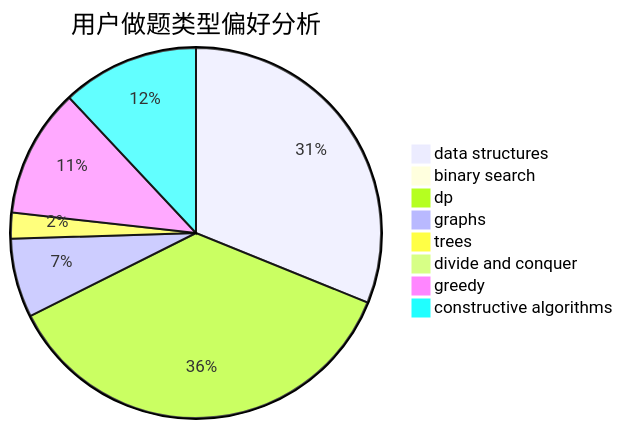
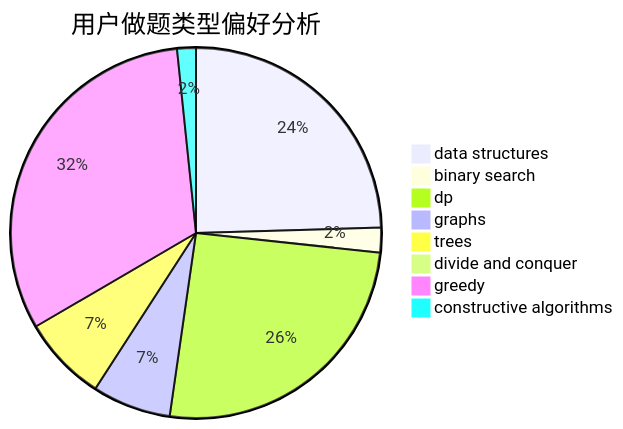
Before and after one commit to sherpahu/cfrs.github.io: the second of 3 diagrams in docs/user/u943.md, drawn with Mermaid. The commit also changed other lines of this file and 2770 other files, not shown here.

````diff
--- a/docs/user/u943.md
+++ b/docs/user/u943.md
@@ -23,11 +23,11 @@
 ```mermaid
 pie title 用户做题类型偏好分析
-    "data structures" :  343
-    "binary search" :  4
-    "dp" :  402
-    "graphs" :  76
-    "trees" :  25
-    "divide and conquer" :  0
-    "greedy" :  124
-    "constructive algorithms" :  132
+    "data structures" :  329
+    "binary search" :  29
+    "dp" :  343
+    "graphs" :  92
+    "trees" :  100
+    "divide and conquer" :  2
+    "greedy" :  426
+    "constructive algorithms" :  22
 ```
````
